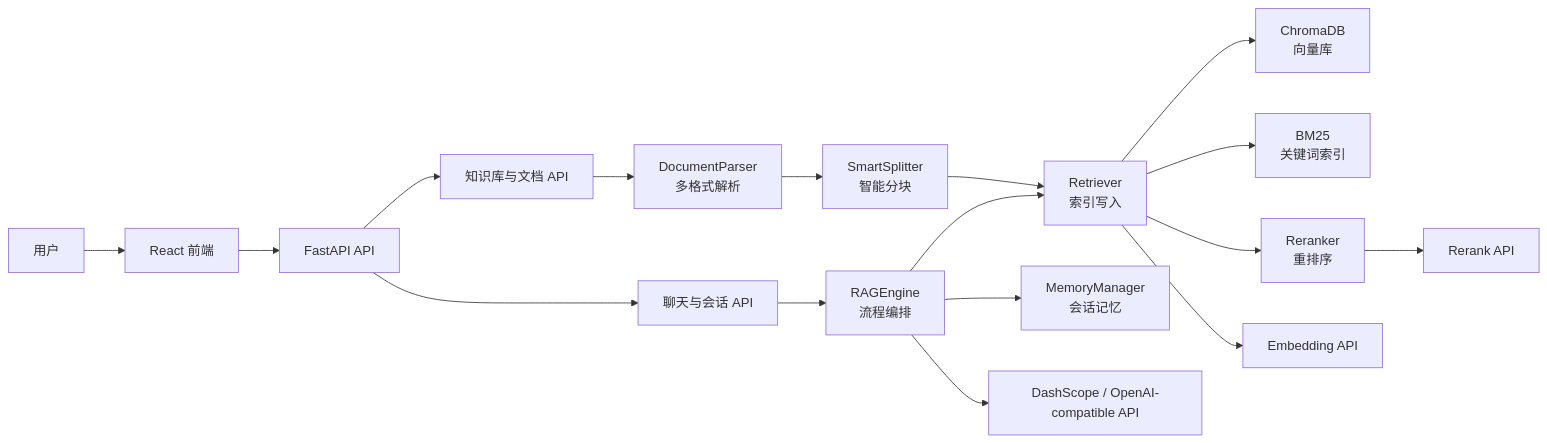
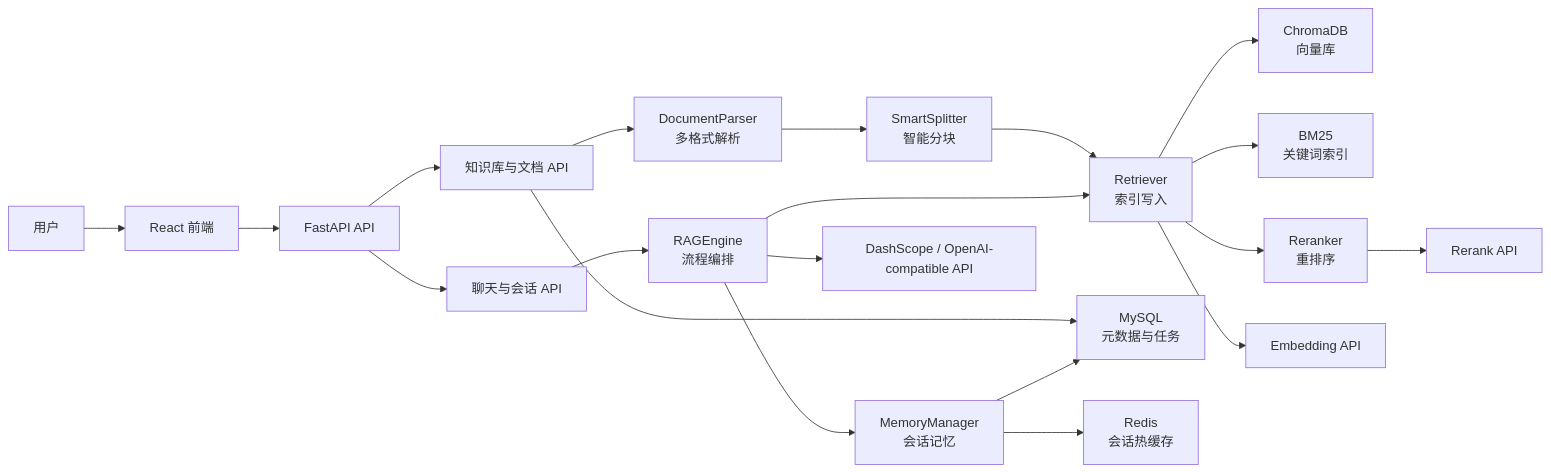
The diagram in README.md (zhyper611/KBzhy), drawn with Mermaid before and after one commit. The commit also changed other lines of this file, not shown here.

````diff
--- a/README.md
+++ b/README.md
@@ -60,24 +55,27 @@
 ```mermaid
 flowchart LR
     User["用户"] --> UI["React 前端"]
     UI --> API["FastAPI API"]
 
     API --> KB["知识库与文档 API"]
     API --> Chat["聊天与会话 API"]
 
     KB --> Parser["DocumentParser<br/>多格式解析"]
     Parser --> Splitter["SmartSplitter<br/>智能分块"]
     Splitter --> Retriever["Retriever<br/>索引写入"]
 
     Chat --> Engine["RAGEngine<br/>流程编排"]
     Engine --> Retriever
     Engine --> Memory["MemoryManager<br/>会话记忆"]
+    KB --> MySQL["MySQL<br/>元数据与任务"]
+    Memory --> Redis["Redis<br/>会话热缓存"]
+    Memory --> MySQL
 
     Retriever --> Chroma["ChromaDB<br/>向量库"]
     Retriever --> BM25["BM25<br/>关键词索引"]
     Retriever --> Rerank["Reranker<br/>重排序"]
 
     Engine --> LLM["DashScope / OpenAI-compatible API"]
     Retriever --> Embedding["Embedding API"]
     Rerank --> RerankAPI["Rerank API"]
 ```
````
